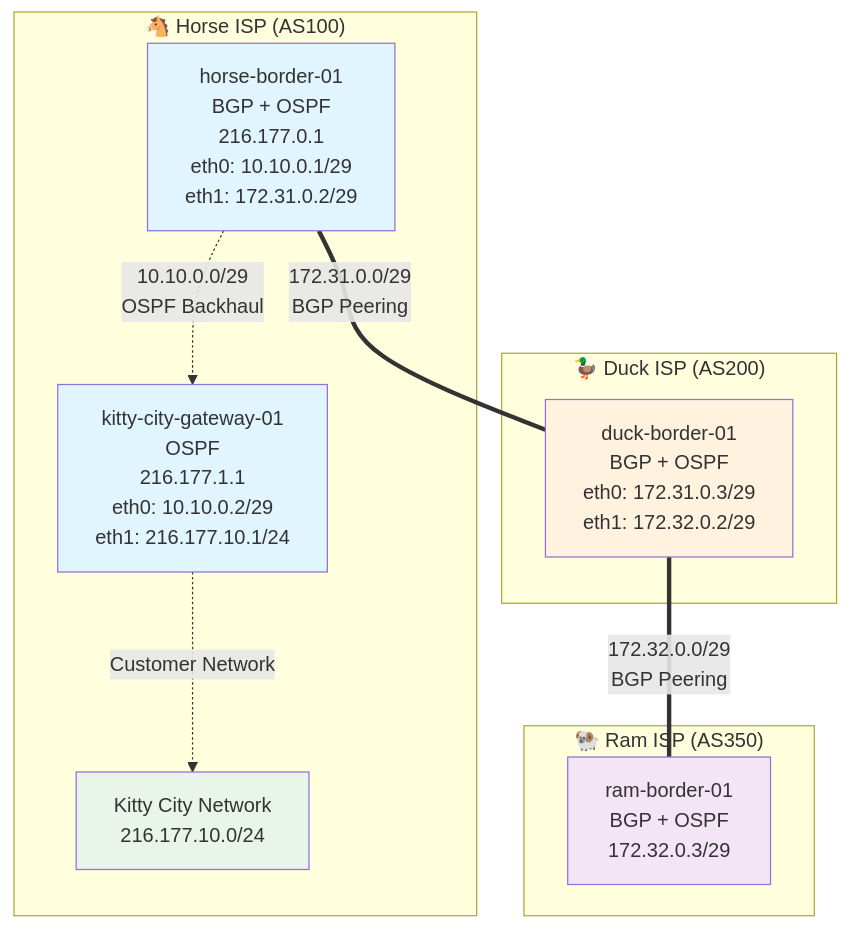
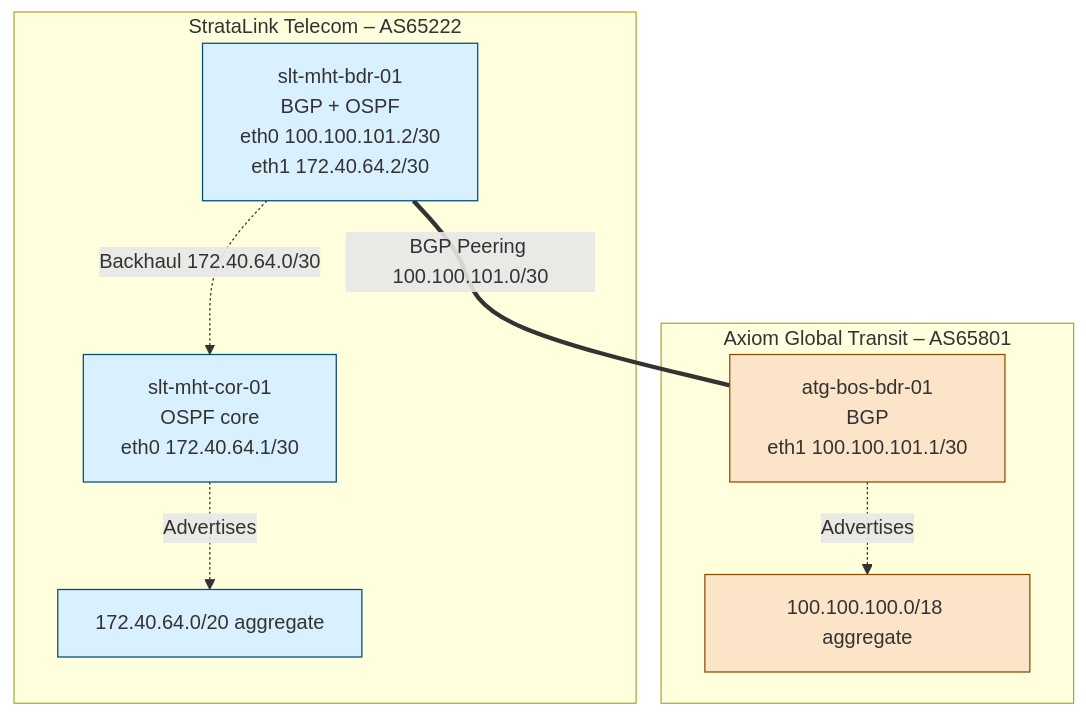
One commit to PatchworkHorse/InternetEmulator changed the diagram in README.md. Above: the diagram before and after it, drawn with Mermaid. The commit also changed other lines of this file and 16 other files, not shown here.

````diff
--- a/README.md
+++ b/README.md
@@ -38,31 +53,23 @@
 ```mermaid
 graph TD
-   subgraph "🐴 Horse ISP (AS100)"
-      HB[horse-border-01<br>BGP + OSPF<br>216.177.0.1<br>eth0: 10.10.0.1/29<br>eth1: 172.31.0.2/29]
-      HI[kitty-city-gateway-01<br>OSPF<br>216.177.1.1<br>eth0: 10.10.0.2/29<br>eth1: 216.177.10.1/24]
-      KC[Kitty City Network<br>216.177.10.0/24]
-      HB -.->|"10.10.0.0/29<br>OSPF Backhaul"| HI
-      HI -.->|"Customer Network"| KC
-   end
-   
-   subgraph "🦆 Duck ISP (AS200)"
-      DB[duck-border-01<br>BGP + OSPF<br>eth0: 172.31.0.3/29<br>eth1: 172.32.0.2/29]
-   end
-   
-   subgraph "🐏 Ram ISP (AS350)"
-      RB[ram-border-01<br>BGP + OSPF<br>172.32.0.3/29]
-   end
+  subgraph "StrataLink Telecom – AS65222"
+    SLB[slt-mht-bdr-01<br>BGP + OSPF<br>eth0 100.100.101.2/30<br>eth1 172.40.64.2/30]
+    SLC[slt-mht-cor-01<br>OSPF core<br>eth0 172.40.64.1/30]
+    SLA[172.40.64.0/20 aggregate]
+    SLB -.->|"Backhaul 172.40.64.0/30"| SLC
+    SLC -.->|"Advertises"| SLA
+  end
 
-   HB ===|"172.31.0.0/29<br>BGP Peering"| DB
-   DB ===|"172.32.0.0/29<br>BGP Peering"| RB
+  subgraph "Axiom Global Transit – AS65801"
+    ATG[atg-bos-bdr-01<br>BGP<br>eth1 100.100.101.1/30]
+    ATA[100.100.100.0/18 aggregate]
+    ATG -.->|"Advertises"| ATA
+  end
 
-   classDef horseClass fill:#e1f5fe
-   classDef duckClass fill:#fff3e0
-   classDef ramClass fill:#f3e5f5
-   classDef customerClass fill:#e8f5e8
-   
-   class HB,HI horseClass
-   class DB duckClass
-   class RB ramClass
-   class KC customerClass
+  SLB ===|"BGP Peering 100.100.101.0/30"| ATG
+
+  classDef strata fill:#d9f0ff,stroke:#004a7c,stroke-width:1px;
+  classDef axiom fill:#fbe4c8,stroke:#8a4d00,stroke-width:1px;
+  class SLB,SLC,SLA strata;
+  class ATG,ATA axiom;
 ```
````
